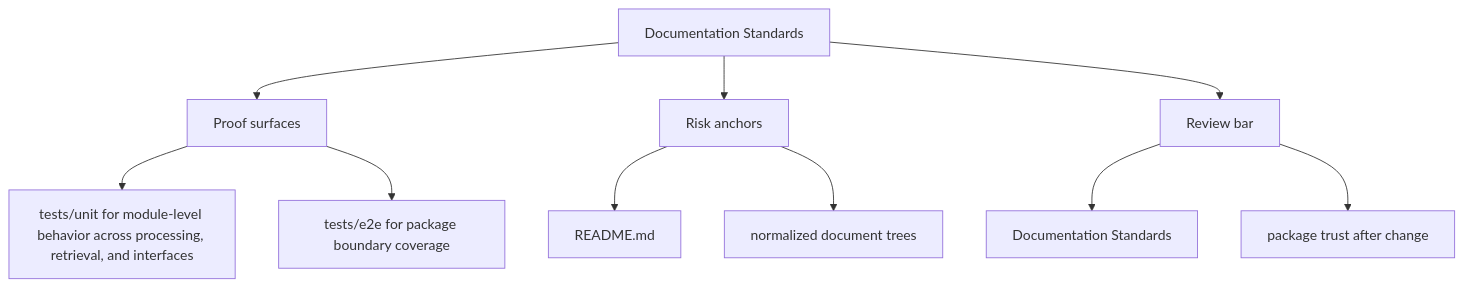
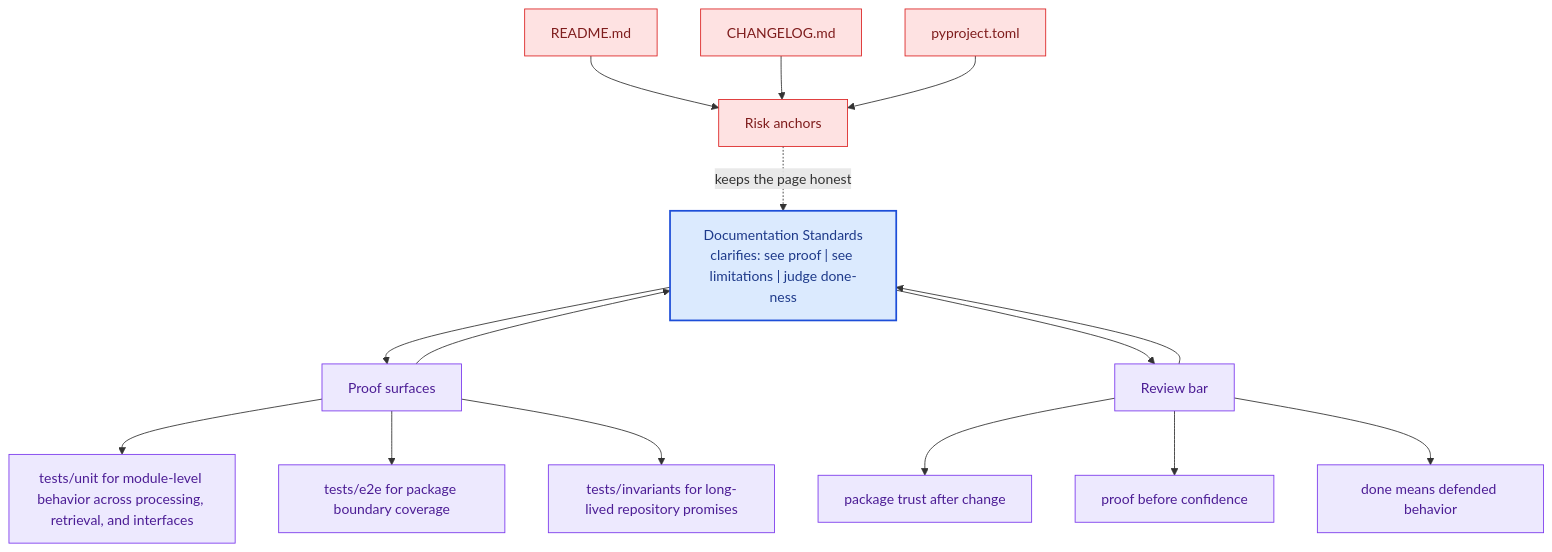
One commit to bijux/bijux-canon changed the second of 2 diagrams in docs/bijux-canon-ingest/quality/documentation-standards.md. Above: the diagram before and after it, drawn with Mermaid. The commit also changed other lines of this file and 281 other files, not shown here.

Commit message:
docs(diagrams): deepen handbook mermaid maps across the catalog

````diff
--- a/docs/bijux-canon-ingest/quality/documentation-standards.md
+++ b/docs/bijux-canon-ingest/quality/documentation-standards.md
@@ -34,22 +67,41 @@
 ```mermaid
-flowchart TD
-    page["Documentation Standards"]
+flowchart TB
+    promise["Documentation Standards<br/>clarifies: see proof | see limitations | judge done-ness"]
+    classDef promise fill:#dbeafe,stroke:#1d4ed8,color:#1e3a8a,stroke-width:2px;
+    classDef driver fill:#dcfce7,stroke:#16a34a,color:#14532d;
+    classDef constraint fill:#fee2e2,stroke:#dc2626,color:#7f1d1d;
+    classDef ground fill:#ede9fe,stroke:#7c3aed,color:#4c1d95;
     focus1["Proof surfaces"]
-    page --> focus1
+    focus1 --> promise
+    promise --> focus1
     focus1_1["tests/unit for module-level behavior across processing, retrieval, and interfaces"]
     focus1 --> focus1_1
     focus1_2["tests/e2e for package boundary coverage"]
     focus1 --> focus1_2
+    focus1_3["tests/invariants for long-lived repository promises"]
+    focus1 --> focus1_3
+    class focus1 ground;
+    class focus1_1,focus1_2,focus1_3 ground;
     focus2["Risk anchors"]
-    page --> focus2
+    focus2 -.keeps the page honest.-> promise
     focus2_1["README.md"]
-    focus2 --> focus2_1
-    focus2_2["normalized document trees"]
-    focus2 --> focus2_2
+    focus2_1 --> focus2
+    focus2_2["CHANGELOG.md"]
+    focus2_2 --> focus2
+    focus2_3["pyproject.toml"]
+    focus2_3 --> focus2
+    class focus2 constraint;
+    class focus2_1,focus2_2,focus2_3 constraint;
     focus3["Review bar"]
-    page --> focus3
-    focus3_1["Documentation Standards"]
+    focus3 --> promise
+    promise --> focus3
+    focus3_1["package trust after change"]
     focus3 --> focus3_1
-    focus3_2["package trust after change"]
+    focus3_2["proof before confidence"]
     focus3 --> focus3_2
+    focus3_3["done means defended behavior"]
+    focus3 --> focus3_3
+    class focus3 ground;
+    class focus3_1,focus3_2,focus3_3 ground;
+    class promise promise;
 ```
````
